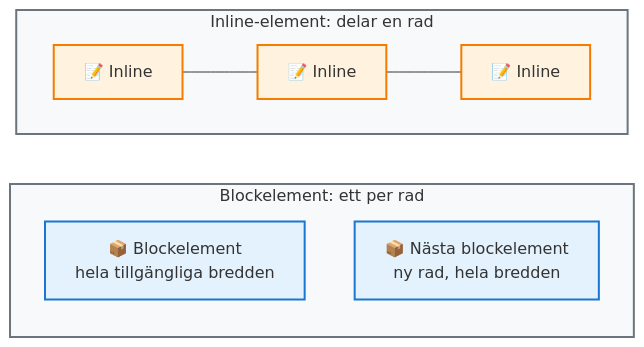
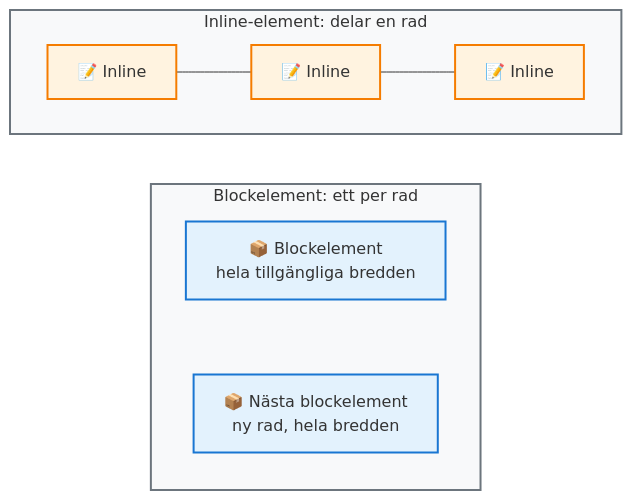
Before and after one commit to Glimakra-Webbutvecklare/kursbok: the first of 2 diagrams in src/kapitel_3/boxmodellen.md, drawn with Mermaid. The commit also changed other lines of this file and 8 other files, not shown here.

````diff
--- a/src/kapitel_3/boxmodellen.md
+++ b/src/kapitel_3/boxmodellen.md
@@ -251,21 +251,23 @@
 ```mermaid
 flowchart LR
     subgraph container1 ["Blockelement: ett per rad"]
         direction TB
         block1["📦 Blockelement<br/>hela tillgängliga bredden"]
         block2["📦 Nästa blockelement<br/>ny rad, hela bredden"]
+
+        block1 ~~~ block2
     end
     
     subgraph container2 ["Inline-element: delar en rad"]
         direction LR
         inline1["📝 Inline"] --- inline2["📝 Inline"] --- inline3["📝 Inline"]
     end
     
     style container1 fill:#f8f9fa,stroke:#6c757d,stroke-width:2px
     style container2 fill:#f8f9fa,stroke:#6c757d,stroke-width:2px
     style block1 fill:#e3f2fd,stroke:#1976d2,stroke-width:2px
     style block2 fill:#e3f2fd,stroke:#1976d2,stroke-width:2px
     style inline1 fill:#fff3e0,stroke:#f57c00,stroke-width:2px
     style inline2 fill:#fff3e0,stroke:#f57c00,stroke-width:2px
     style inline3 fill:#fff3e0,stroke:#f57c00,stroke-width:2px
 ```
````
